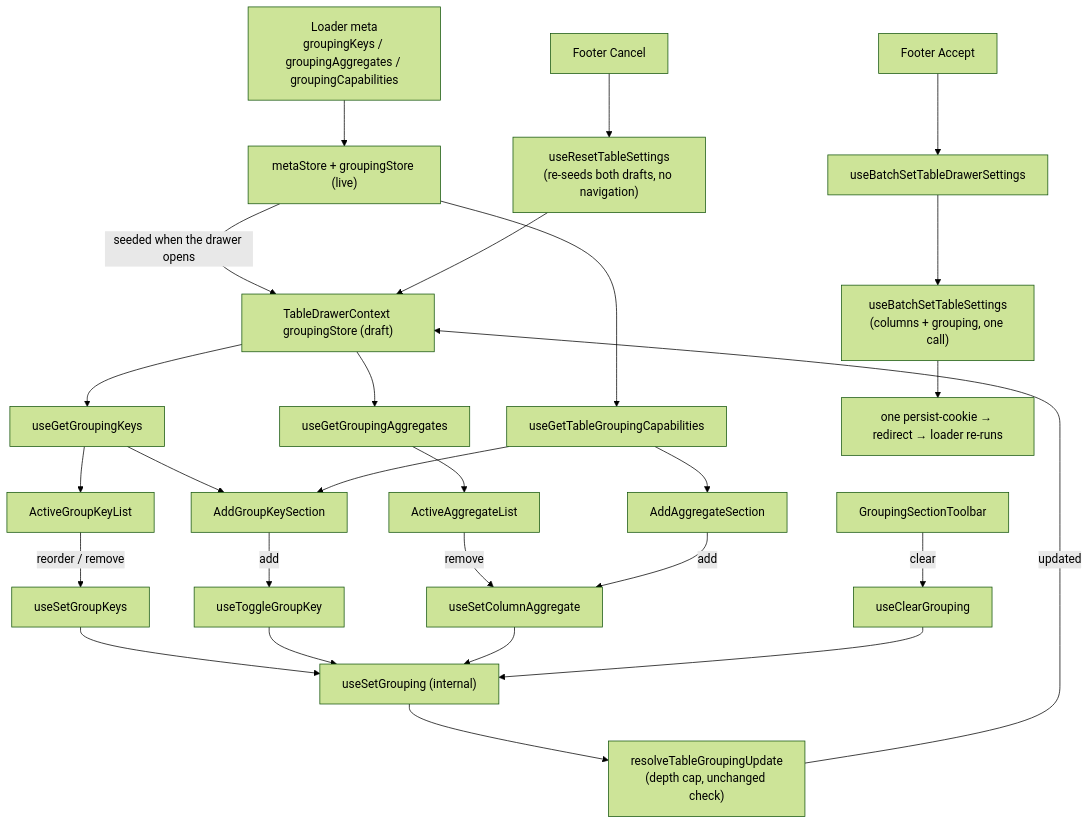
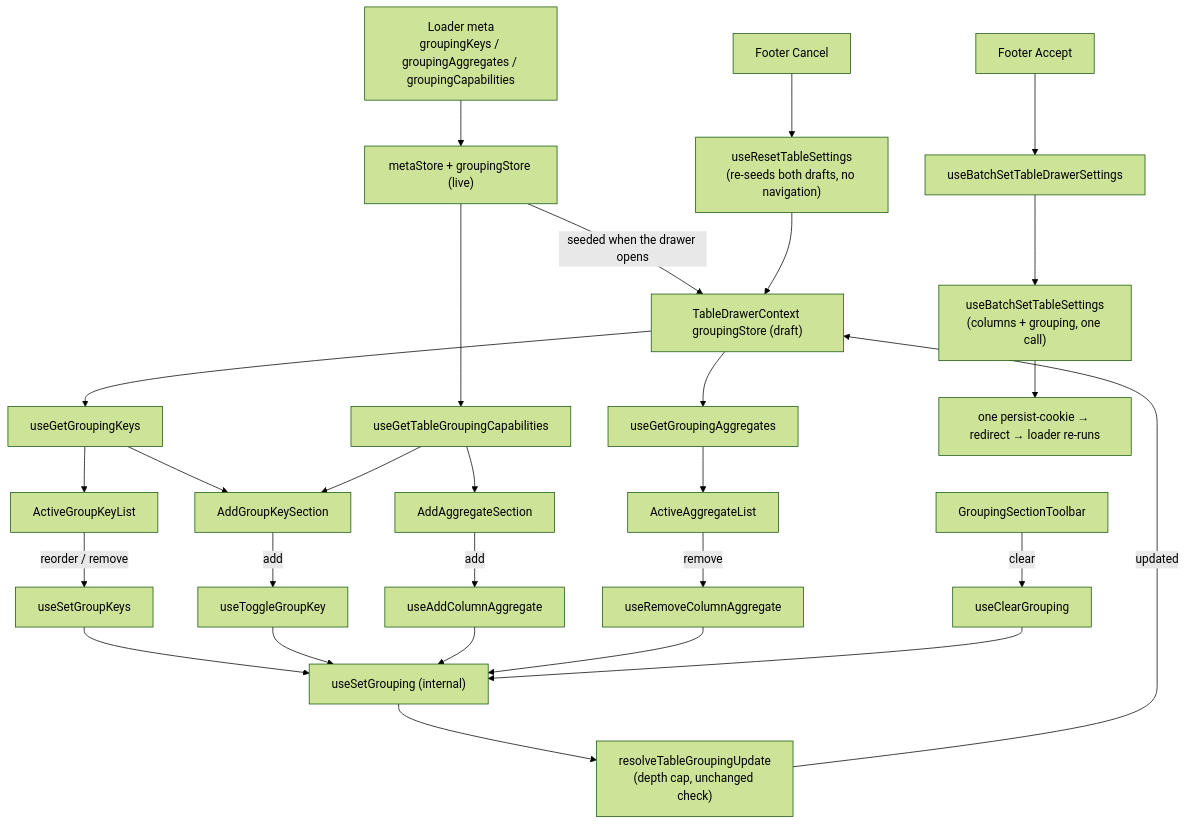
One commit to luciocabrera/lcabrera-stack changed the diagram in packages/ui/src/components/Table/TableSettingsDrawer/GroupingSection/ARCHITECTURE.md. Above: the diagram before and after it, drawn with Mermaid (forest theme). The commit also changed other lines of this file and 112 other files, not shown here.

````diff
--- a/packages/ui/src/components/Table/TableSettingsDrawer/GroupingSection/ARCHITECTURE.md
+++ b/packages/ui/src/components/Table/TableSettingsDrawer/GroupingSection/ARCHITECTURE.md
@@ -79,33 +79,34 @@
 ```mermaid
 flowchart TD
   A["Loader meta<br/>groupingKeys / groupingAggregates / groupingCapabilities"] --> B["metaStore + groupingStore (live)"]
   B -->|"seeded when the drawer opens"| B2["TableDrawerContext groupingStore (draft)"]
   B2 --> C["useGetGroupingKeys"]
   B2 --> D["useGetGroupingAggregates"]
   B --> E["useGetTableGroupingCapabilities"]
 
   C --> F["ActiveGroupKeyList"]
   C --> G["AddGroupKeySection"]
   D --> H["ActiveAggregateList"]
   E --> I["AddAggregateSection"]
   E --> G
 
   F -->|reorder / remove| J["useSetGroupKeys"]
   G -->|add| K["useToggleGroupKey"]
-  H -->|remove| L["useSetColumnAggregate"]
-  I -->|add| L
+  H -->|remove| L2["useRemoveColumnAggregate"]
+  I -->|add| L["useAddColumnAggregate"]
   M["GroupingSectionToolbar"] -->|clear| N["useClearGrouping"]
 
   J --> O["useSetGrouping (internal)"]
   K --> O
   L --> O
+  L2 --> O
   N --> O
   O --> P["resolveTableGroupingUpdate<br/>(depth cap, unchanged check)"]
   P -->|updated| B2
 
   R["Footer Accept"] --> S["useBatchSetTableDrawerSettings"]
   S --> T["useBatchSetTableSettings<br/>(columns + grouping, one call)"]
   T --> U["one persist-cookie → redirect → loader re-runs"]
   V["Footer Cancel"] --> W["useResetTableSettings<br/>(re-seeds both drafts, no navigation)"]
   W --> B2
 ```
````
